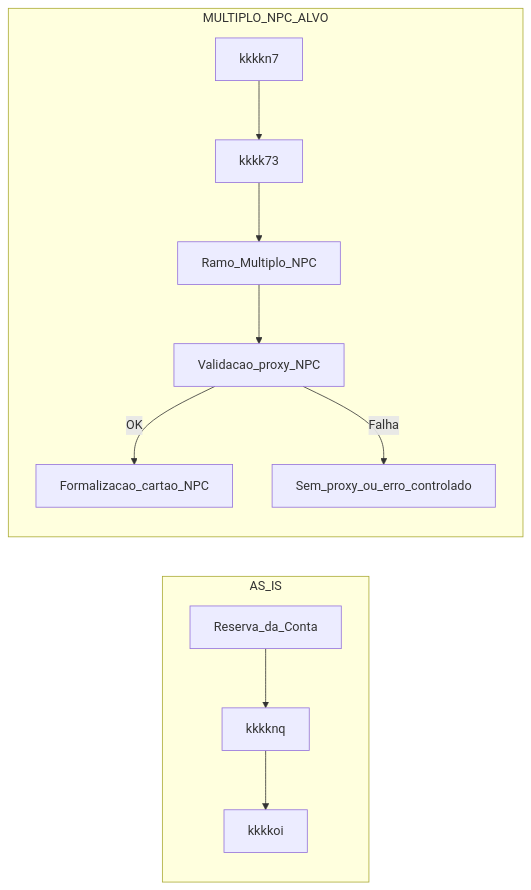
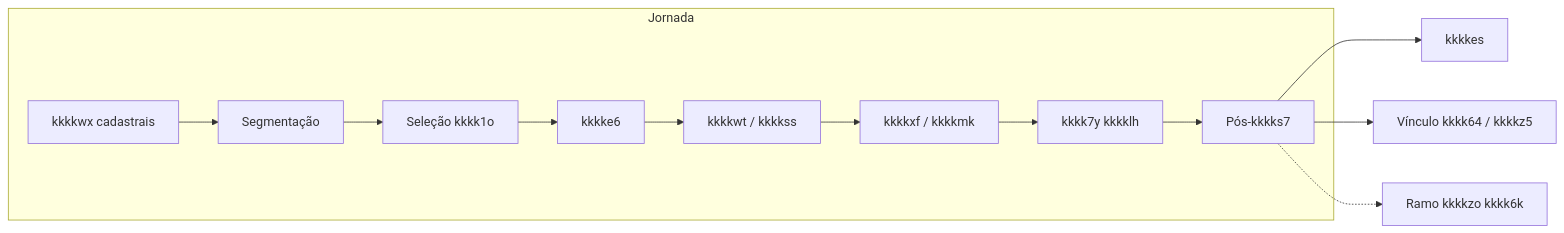
Before and after one commit to fabaodevudi/outros-codigos: the first of 4 diagrams in Java/mm.md, drawn with Mermaid. The commit also changed other lines of this file, not shown here.

````diff
--- a/Java/mm.md
+++ b/Java/mm.md
@@ -139,25 +151,15 @@
 ```mermaid
 flowchart LR
-  subgraph AS_IS
-    R[Reserva_da_Conta]
-    PS[kkkknq]
-    VP[kkkkoi]
-    R --> PS
-    PS --> VP
+  subgraph Jornada
+    A[kkkkwx cadastrais] --> B[Segmentação]
+    B --> C[Seleção kkkk1o]
+    C --> D[kkkke6]
+    D --> E[kkkkwt / kkkkss]
+    E --> F[kkkkxf / kkkkmk]
+    F --> G[kkkk7y kkkklh]
+    G --> H[Pós-kkkks7]
   end
-
-  subgraph MULTIPLO_NPC_ALVO
-    PEC[kkkkn7]
-    GW[kkkk73]
-    R3[Ramo_Multiplo_NPC]
-    VPN[Validacao_proxy_NPC]
-    FORM[Formalizacao_cartao_NPC]
-    OUT[Sem_proxy_ou_erro_controlado]
-
-    PEC --> GW
-    GW --> R3
-    R3 --> VPN
-    VPN -->|OK| FORM
-    VPN -->|Falha| OUT
-  end
+  H --> I[kkkkes]
+  H --> J[Vínculo kkkk64 / kkkkz5]
+  H -.-> K[Ramo kkkkzo kkkk6k]
 ```
````
